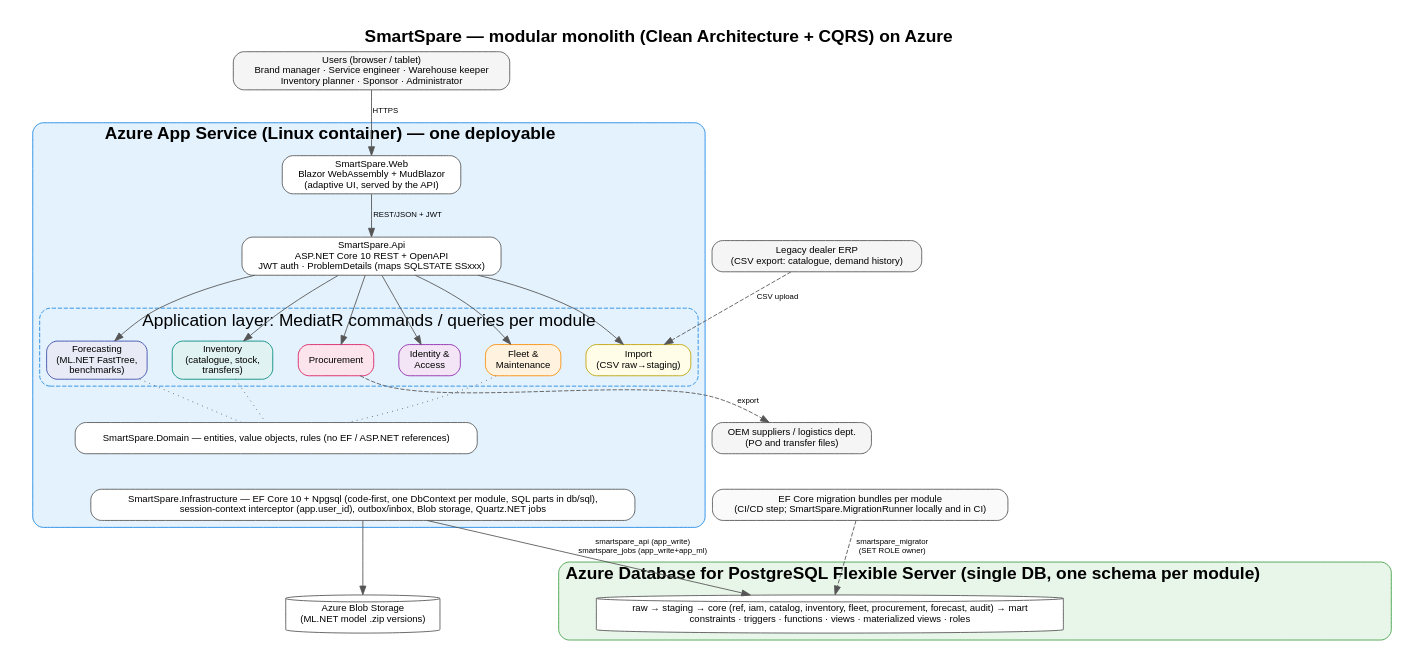
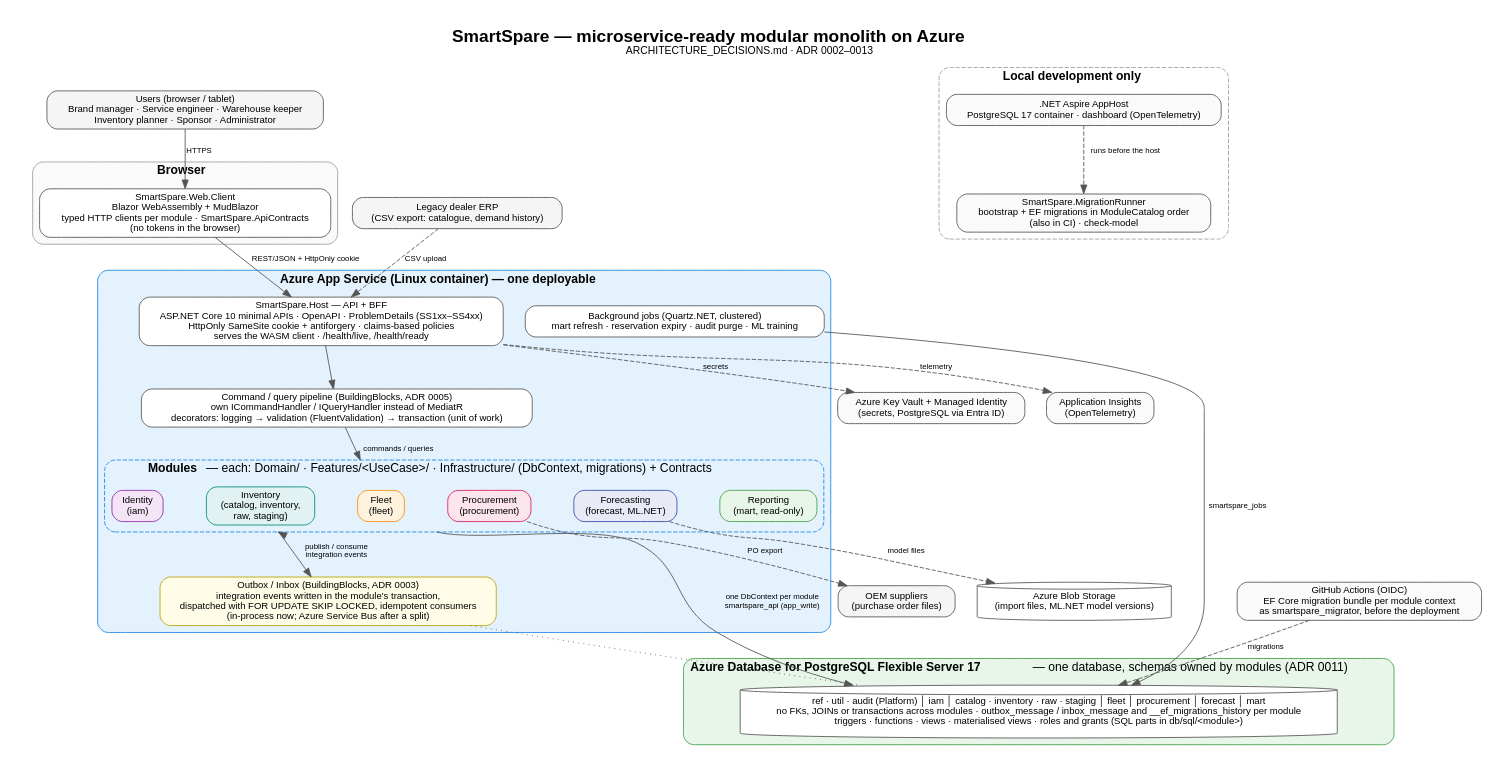
Before and after one commit to sgorgun/SmartSpare: the diagram in docs/architecture/diagrams/architecture.dot, drawn with Graphviz.

Commit message:
docs(architecture): redraw the solution architecture diagram
The diagram predated the approved architecture: SmartSpare.Api with
JWT authentication, a MediatR application layer, a separate
SmartSpare.Domain project and no Contracts, events or Aspire. It now
follows ARCHITECTURE_DECISIONS.md and ADR 0002-0013: the Blazor WASM
client in the browser, SmartSpare.Host as API and BFF with an HttpOnly
cookie, the own command/query pipeline with its decorators, six modules
with Domain/Features/Infrastructure and Contracts, integration events
through the outbox/inbox, PostgreSQL schemas owned by modules, Azure
services, EF migration bundles for delivery, and Aspire with the
MigrationRunner for local development only.

```diff
--- a/docs/architecture/diagrams/architecture.dot
+++ b/docs/architecture/diagrams/architecture.dot
@@ -1,35 +1,61 @@
 digraph A {
-  graph [rankdir=TB, fontname="Helvetica", nodesep=0.4, ranksep=0.55, label=<<B>SmartSpare — modular monolith (Clean Architecture + CQRS) on Azure</B>>, labelloc=t, fontsize=20, pad=0.3];
+  graph [rankdir=TB, compound=true, fontname="Helvetica", nodesep=0.35, ranksep=0.55,
+         label=<<B>SmartSpare — microservice-ready modular monolith on Azure</B><BR/><FONT POINT-SIZE="12">ARCHITECTURE_DECISIONS.md · ADR 0002–0013</FONT>>,
+         labelloc=t, fontsize=20, pad=0.3];
   node [shape=box, style="rounded,filled", fontname="Helvetica", fontsize=11, fillcolor="#FFFFFF", color="#555555"];
   edge [fontname="Helvetica", fontsize=9, color="#555555"];
-  users [label="Users (browser / tablet)\nBrand manager · Service engineer · Warehouse keeper\nInventory planner · Sponsor · Administrator", shape=box, fillcolor="#F5F5F5"];
+
+  users [label="Users (browser / tablet)\nBrand manager · Service engineer · Warehouse keeper\nInventory planner · Sponsor · Administrator", fillcolor="#F5F5F5"];
   erp [label="Legacy dealer ERP\n(CSV export: catalogue, demand history)", fillcolor="#F5F5F5"];
-  supp [label="OEM suppliers / logistics dept.\n(PO and transfer files)", fillcolor="#F5F5F5"];
-  subgraph cluster_app { label=<<B>Azure App Service (Linux container) — one deployable</B>>; style="rounded,filled"; fillcolor="#E3F2FD"; color="#1E88E5";
-    web [label="SmartSpare.Web\nBlazor WebAssembly + MudBlazor\n(adaptive UI, served by the API)"];
-    api [label="SmartSpare.Api\nASP.NET Core 10 REST + OpenAPI\nJWT auth · ProblemDetails (maps SQLSTATE SSxxx)"];
-    subgraph cluster_mod { label="Application layer: MediatR commands / queries per module"; style="rounded,dashed"; color="#1E88E5"; fillcolor="#FFFFFF";
-      m1 [label="Fleet &\nMaintenance", fillcolor="#FFF3E0", color="#FB8C00"];
-      m2 [label="Inventory\n(catalogue, stock,\ntransfers)", fillcolor="#E0F2F1", color="#00897B"];
-      m3 [label="Procurement", fillcolor="#FCE4EC", color="#D81B60"];
-      m4 [label="Forecasting\n(ML.NET FastTree,\nbenchmarks)", fillcolor="#E8EAF6", color="#3949AB"];
-      m5 [label="Identity &\nAccess", fillcolor="#F3E5F5", color="#8E24AA"];
-      m6 [label="Import\n(CSV raw→staging)", fillcolor="#FFFDE7", color="#C0A000"];
+  supp [label="OEM suppliers\n(purchase order files)", fillcolor="#F5F5F5"];
+
+  subgraph cluster_browser { label=<<B>Browser</B>>; fontsize=14; style="rounded,filled"; fillcolor="#FAFAFA"; color="#9E9E9E";
+    web [label="SmartSpare.Web.Client\nBlazor WebAssembly + MudBlazor\ntyped HTTP clients per module · SmartSpare.ApiContracts\n(no tokens in the browser)"];
+  }
+
+  subgraph cluster_app { label=<<B>Azure App Service (Linux container) — one deployable</B>>; fontsize=14; style="rounded,filled"; fillcolor="#E3F2FD"; color="#1E88E5";
+    host [label="SmartSpare.Host — API + BFF\nASP.NET Core 10 minimal APIs · OpenAPI · ProblemDetails (SS1xx–SS4xx)\nHttpOnly SameSite cookie + antiforgery · claims-based policies\nserves the WASM client · /health/live, /health/ready"];
+    pipe [label="Command / query pipeline (BuildingBlocks, ADR 0005)\nown ICommandHandler / IQueryHandler instead of MediatR\ndecorators: logging → validation (FluentValidation) → transaction (unit of work)"];
+    subgraph cluster_mod { label=<<B>Modules</B> — each: Domain/ · Features/&lt;UseCase&gt;/ · Infrastructure/ (DbContext, migrations) + Contracts>; fontsize=14; style="rounded,dashed"; color="#1E88E5"; fillcolor="#FFFFFF";
+      m_id [label="Identity\n(iam)", fillcolor="#F3E5F5", color="#8E24AA"];
+      m_inv [label="Inventory\n(catalog, inventory,\nraw, staging)", fillcolor="#E0F2F1", color="#00897B"];
+      m_fleet [label="Fleet\n(fleet)", fillcolor="#FFF3E0", color="#FB8C00"];
+      m_proc [label="Procurement\n(procurement)", fillcolor="#FCE4EC", color="#D81B60"];
+      m_fc [label="Forecasting\n(forecast, ML.NET)", fillcolor="#E8EAF6", color="#3949AB"];
+      m_rep [label="Reporting\n(mart, read-only)", fillcolor="#E8F5E9", color="#43A047"];
+      { rank=same; m_id -> m_inv -> m_fleet -> m_proc -> m_fc -> m_rep [style=invis]; }
     }
-    dom [label="SmartSpare.Domain — entities, value objects, rules (no EF / ASP.NET references)"];
-    infra [label="SmartSpare.Infrastructure — EF Core 10 + Npgsql (code-first, one DbContext per module, SQL parts in db/sql),\nsession-context interceptor (app.user_id), outbox/inbox, Blob storage, Quartz.NET jobs"];
+    bus [label="Outbox / Inbox (BuildingBlocks, ADR 0003)\nintegration events written in the module's transaction,\ndispatched with FOR UPDATE SKIP LOCKED, idempotent consumers\n(in-process now; Azure Service Bus after a split)", fillcolor="#FFFDE7", color="#C0A000"];
+    jobs [label="Background jobs (Quartz.NET, clustered)\nmart refresh · reservation expiry · audit purge · ML training"];
   }
-  subgraph cluster_db { label=<<B>Azure Database for PostgreSQL Flexible Server (single DB, one schema per module)</B>>; style="rounded,filled"; fillcolor="#E8F5E9"; color="#43A047";
-    db [label="raw → staging → core (ref, iam, catalog, inventory, fleet, procurement, forecast, audit) → mart\nconstraints · triggers · functions · views · materialized views · roles", shape=cylinder, fillcolor="#FFFFFF"];
+
+  subgraph cluster_db { label=<<B>Azure Database for PostgreSQL Flexible Server 17</B> — one database, schemas owned by modules (ADR 0011)>; fontsize=14; style="rounded,filled"; fillcolor="#E8F5E9"; color="#43A047";
+    db [label="ref · util · audit (Platform) │ iam │ catalog · inventory · raw · staging │ fleet │ procurement │ forecast │ mart\nno FKs, JOINs or transactions across modules · outbox_message / inbox_message and __ef_migrations_history per module\ntriggers · functions · views · materialised views · roles and grants (SQL parts in db/sql/<module>)", shape=cylinder];
   }
-  blob [label="Azure Blob Storage\n(ML.NET model .zip versions)", shape=cylinder];
-  mig [label="EF Core migration bundles per module\n(CI/CD step; SmartSpare.MigrationRunner locally and in CI)", fillcolor="#FAFAFA"];
-  users -> web [label=" HTTPS"]; web -> api [label=" REST/JSON + JWT"];
-  api -> m1; api -> m2; api -> m3; api -> m4; api -> m5; api -> m6;
-  m1 -> dom [style=dotted, arrowhead=none]; m4 -> dom [style=dotted, arrowhead=none]; m2 -> dom [style=dotted, arrowhead=none];
-  dom -> infra [style=invis];
-  infra -> db [label=" smartspare_api (app_write)\n smartspare_jobs (app_write+app_ml)"];
-  infra -> blob;
-  mig -> db [label=" smartspare_migrator\n(SET ROLE owner)", style=dashed];
-  erp -> m6 [label=" CSV upload", style=dashed]; m3 -> supp [label=" export", style=dashed];
+
+  blob [label="Azure Blob Storage\n(import files, ML.NET model versions)", shape=cylinder];
+  kv [label="Azure Key Vault + Managed Identity\n(secrets, PostgreSQL via Entra ID)", fillcolor="#FAFAFA"];
+  appi [label="Application Insights\n(OpenTelemetry)", fillcolor="#FAFAFA"];
+  mig [label="GitHub Actions (OIDC)\nEF Core migration bundle per module context\nas smartspare_migrator, before the deployment", fillcolor="#FAFAFA"];
+
+  subgraph cluster_local { label=<<B>Local development only</B>>; fontsize=14; style="rounded,dashed"; color="#9E9E9E"; fillcolor="#FFFFFF";
+    aspire [label=".NET Aspire AppHost\nPostgreSQL 17 container · dashboard (OpenTelemetry)", fillcolor="#FAFAFA"];
+    runner [label="SmartSpare.MigrationRunner\nbootstrap + EF migrations in ModuleCatalog order\n(also in CI) · check-model", fillcolor="#FAFAFA"];
+    aspire -> runner [label=" runs before the host", style=dashed];
+  }
+
+  users -> web [label=" HTTPS"];
+  web -> host [label=" REST/JSON + HttpOnly cookie"];
+  host -> pipe;
+  pipe -> m_fleet [lhead=cluster_mod, label=" commands / queries"];
+  m_inv -> bus [ltail=cluster_mod, dir=both, label=" publish / consume\n integration events"];
+  m_fleet -> db [ltail=cluster_mod, label=" one DbContext per module\n smartspare_api (app_write)"];
+  jobs -> db [label=" smartspare_jobs"];
+  bus -> db [style=dotted, arrowhead=none];
+  erp -> host [label=" CSV upload", style=dashed];
+  m_proc -> supp [label=" PO export", style=dashed];
+  m_fc -> blob [label=" model files", style=dashed];
+  host -> kv [style=dashed, label=" secrets"];
+  host -> appi [style=dashed, label=" telemetry"];
+  mig -> db [label=" migrations", style=dashed];
 }
```
